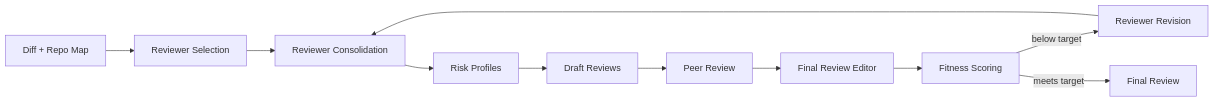
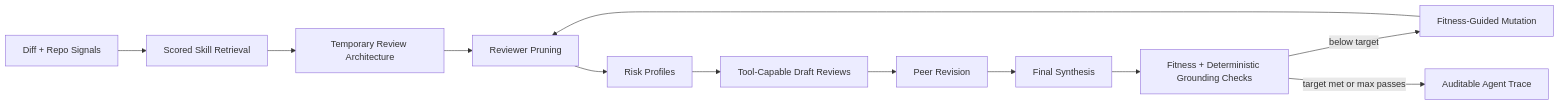
The diagram in README.md (nazarsarkhan/Review_Stem), drawn with Mermaid before and after one commit. The commit also changed other lines of this file and 72 other files, not shown here.

````diff
--- a/README.md
+++ b/README.md
@@ -7,13 +24,14 @@
 ```mermaid
 flowchart LR
-    A[Diff + Repo Map] --> B[Reviewer Selection]
-    B --> C[Reviewer Consolidation]
-    C --> D[Risk Profiles]
-    D --> E[Draft Reviews]
-    E --> F[Peer Review]
-    F --> G[Final Review Editor]
-    G --> H[Fitness Scoring]
-    H -->|below target| I[Reviewer Revision]
-    I --> C
-    H -->|meets target| J[Final Review]
+    A[Diff + Repo Signals] --> B[Scored Skill Retrieval]
+    B --> C[Temporary Review Architecture]
+    C --> D[Reviewer Pruning]
+    D --> E[Risk Profiles]
+    E --> F[Tool-Capable Draft Reviews]
+    F --> G[Peer Revision]
+    G --> H[Final Synthesis]
+    H --> I[Fitness + Deterministic Grounding Checks]
+    I -->|below target| J[Fitness-Guided Mutation]
+    J --> D
+    I -->|target met or max passes| K[Auditable Agent Trace]
 ```
````
